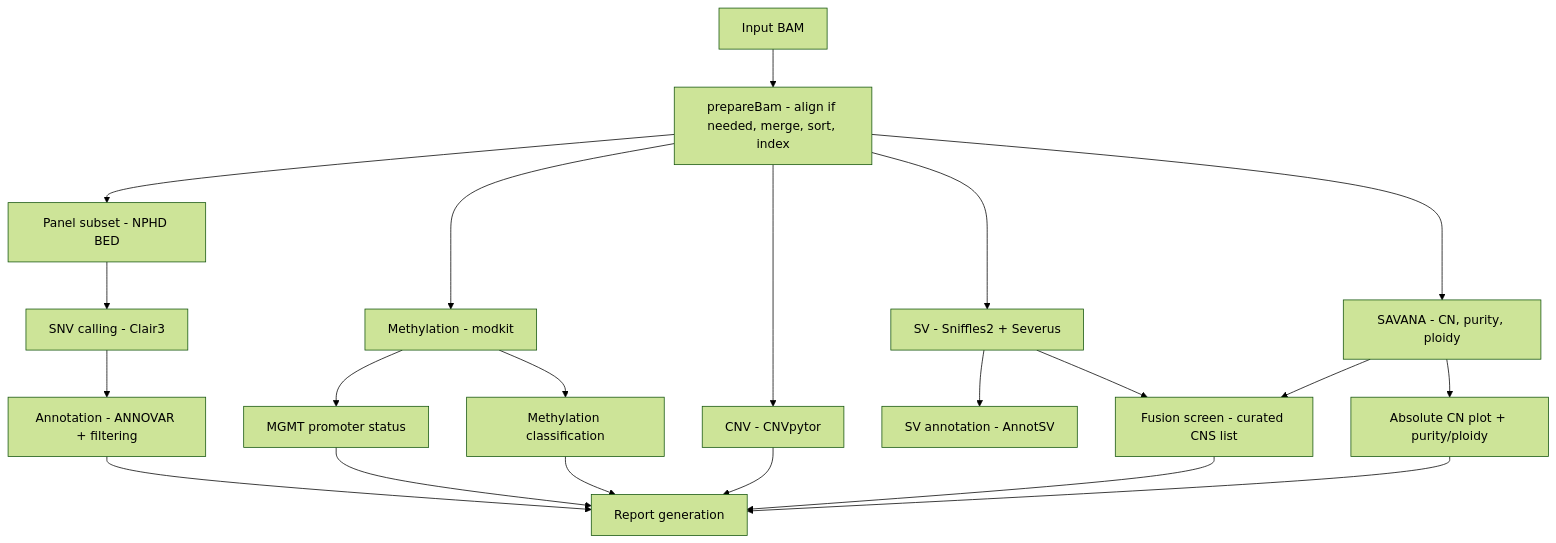
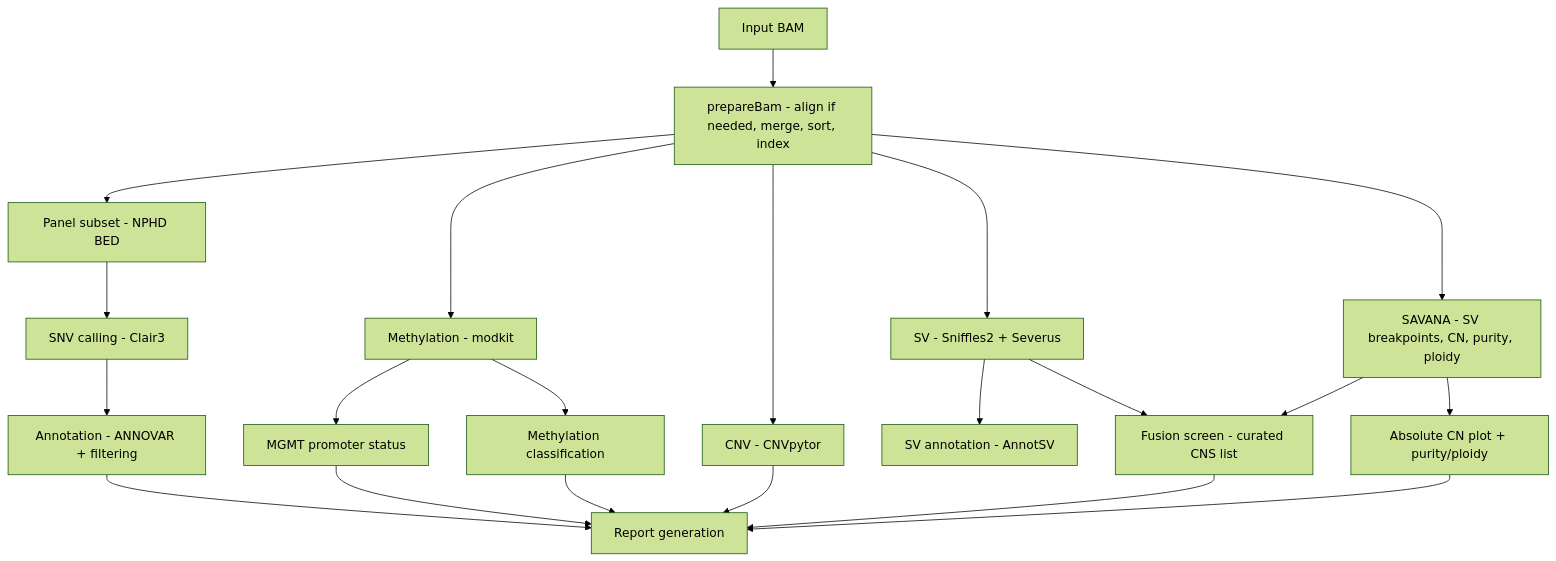
One commit to areebapatel/Rapid-CNS2_nf changed the diagram in README.md. Above: the diagram before and after it, drawn with Mermaid (forest theme). The commit also changed other lines of this file and 1 other file, not shown here.

Commit message:
credit savana for SV calling in features, diagram and outline

````diff
--- a/README.md
+++ b/README.md
@@ -267,23 +267,23 @@
 ```mermaid
 graph TD
     A[Input BAM] --> E[prepareBam - align if needed, merge, sort, index]
     E --> P[Panel subset - NPHD BED]
     P --> F[SNV calling - Clair3]
     E --> G[Methylation - modkit]
     E --> H[SV - Sniffles2 + Severus]
     E --> N[CNV - CNVpytor]
-    E --> O[SAVANA - CN, purity, ploidy]
+    E --> O[SAVANA - SV breakpoints, CN, purity, ploidy]
     F --> I[Annotation - ANNOVAR + filtering]
     G --> J[MGMT promoter status]
     G --> K[Methylation classification]
     H --> L[SV annotation - AnnotSV]
     H --> Q[Fusion screen - curated CNS list]
     O --> Q
     O --> R[Absolute CN plot + purity/ploidy]
     I --> M[Report generation]
     J --> M
     K --> M
     N --> M
     Q --> M
     R --> M
 ```
````
